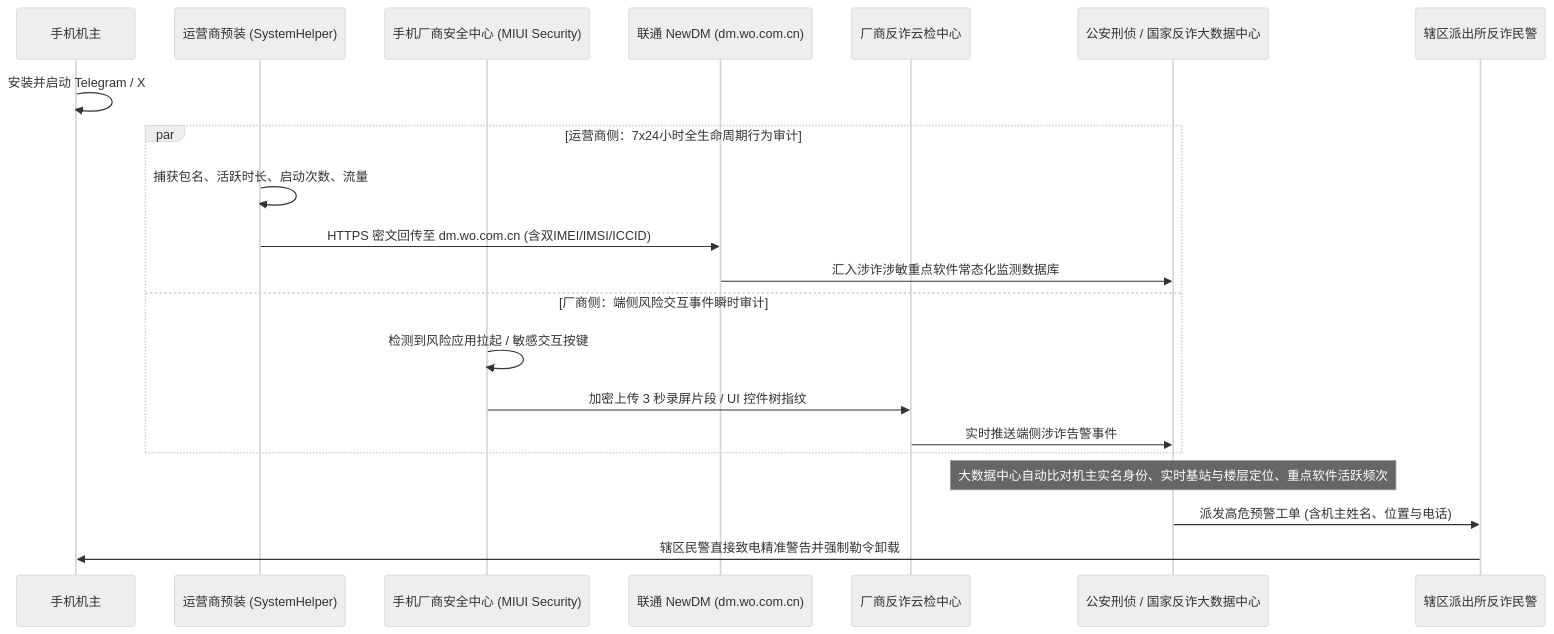
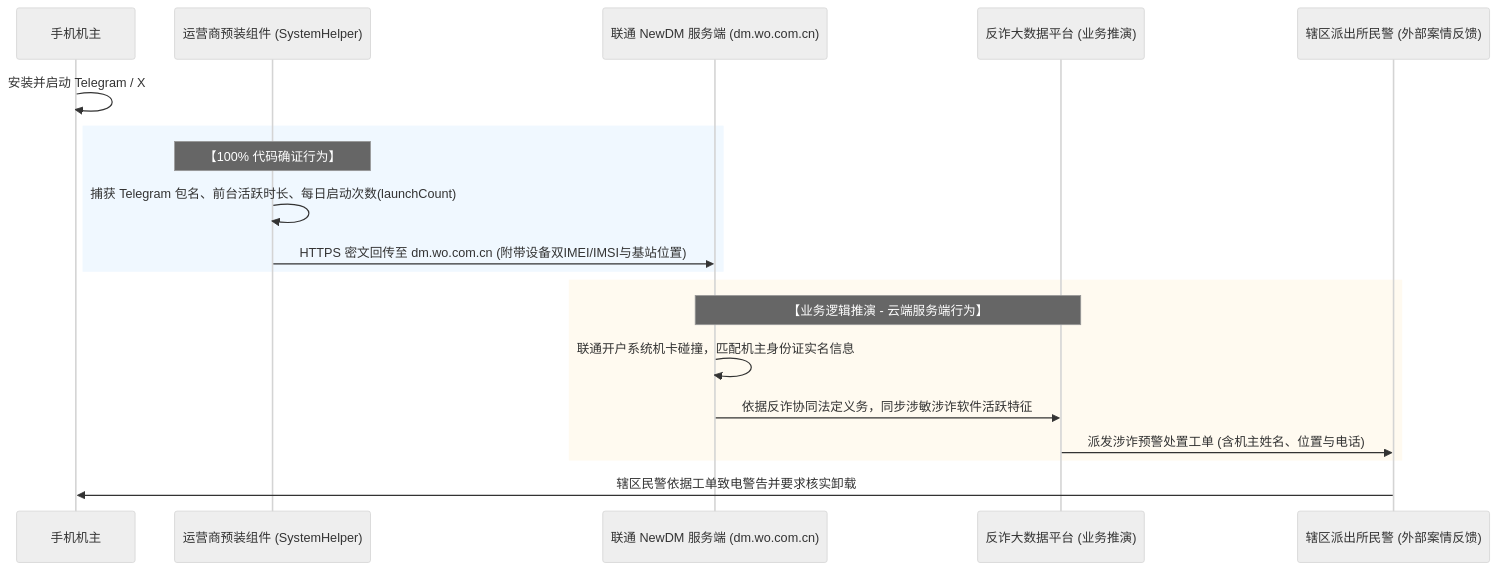
The fourth of 4 diagrams in _posts/CopyRightZGQInc/2026-11-05-syshlp.md (ZGQ-inc/jekyll-blog), drawn with Mermaid (neutral theme) before and after one commit. The commit also changed other lines of this file, not shown here.

````diff
--- a/_posts/CopyRightZGQInc/2026-11-05-syshlp.md
+++ b/_posts/CopyRightZGQInc/2026-11-05-syshlp.md
@@ -794,27 +819,25 @@
 ```mermaid
 sequenceDiagram
     participant Target as 手机机主
-    participant SysHelper as 运营商预装 (SystemHelper)
-    participant OEM_Sec as 手机厂商安全中心 (MIUI Security)
-    participant Carrier_C2 as 联通 NewDM (dm.wo.com.cn)
-    participant OEM_Cloud as 厂商反诈云检中心
-    participant Police_BigData as 公安刑侦 / 国家反诈大数据中心
-    participant Local_Police as 辖区派出所反诈民警
+    participant SysHelper as 运营商预装组件 (SystemHelper)
+    participant Carrier_C2 as 联通 NewDM 服务端 (dm.wo.com.cn)
+    participant Police_BigData as 反诈大数据平台 (业务推演)
+    participant Local_Police as 辖区派出所民警 (外部案情反馈)
 
     Target->>Target: 安装并启动 Telegram / X
     
-    par 运营商侧：7x24小时全生命周期行为审计
-        SysHelper->>SysHelper: 捕获包名、活跃时长、启动次数、流量
-        SysHelper->>Carrier_C2: HTTPS 密文回传至 dm.wo.com.cn (含双IMEI/IMSI/ICCID)
-        Carrier_C2->>Police_BigData: 汇入涉诈涉敏重点软件常态化监测数据库
-    and 厂商侧：端侧风险交互事件瞬时审计
-        OEM_Sec->>OEM_Sec: 检测到风险应用拉起 / 敏感交互按键
-        OEM_Sec->>OEM_Cloud: 加密上传 3 秒录屏片段 / UI 控件树指纹
-        OEM_Cloud->>Police_BigData: 实时推送端侧涉诈告警事件
+    rect rgb(240, 248, 255)
+        Note over SysHelper: 【100% 代码确证行为】
+        SysHelper->>SysHelper: 捕获 Telegram 包名、前台活跃时长、每日启动次数(launchCount)
+        SysHelper->>Carrier_C2: HTTPS 密文回传至 dm.wo.com.cn (附带设备双IMEI/IMSI与基站位置)
+    end
+    
+    rect rgb(255, 250, 240)
+        Note over Carrier_C2, Police_BigData: 【业务逻辑推演 - 云端服务端行为】
+        Carrier_C2->>Carrier_C2: 联通开户系统机卡碰撞，匹配机主身份证实名信息
+        Carrier_C2->>Police_BigData: 依据反诈协同法定义务，同步涉敏涉诈软件活跃特征
+        Police_BigData->>Local_Police: 派发涉诈预警处置工单 (含机主姓名、位置与电话)
     end
 
-    Note over Police_BigData: 大数据中心自动比对机主实名身份、实时基站与楼层定位、重点软件活跃频次
-    
-    Police_BigData->>Local_Police: 派发高危预警工单 (含机主姓名、位置与电话)
-    Local_Police->>Target: 辖区民警直接致电精准警告并强制勒令卸载
+    Local_Police->>Target: 辖区民警依据工单致电警告并要求核实卸载
 ```
````
